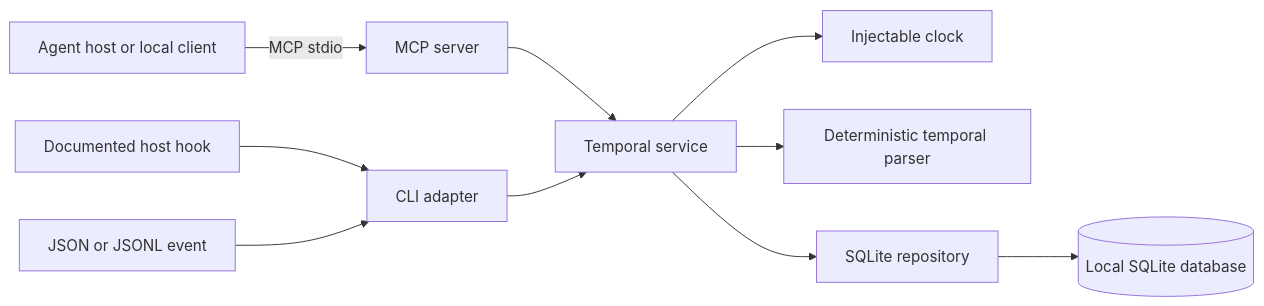
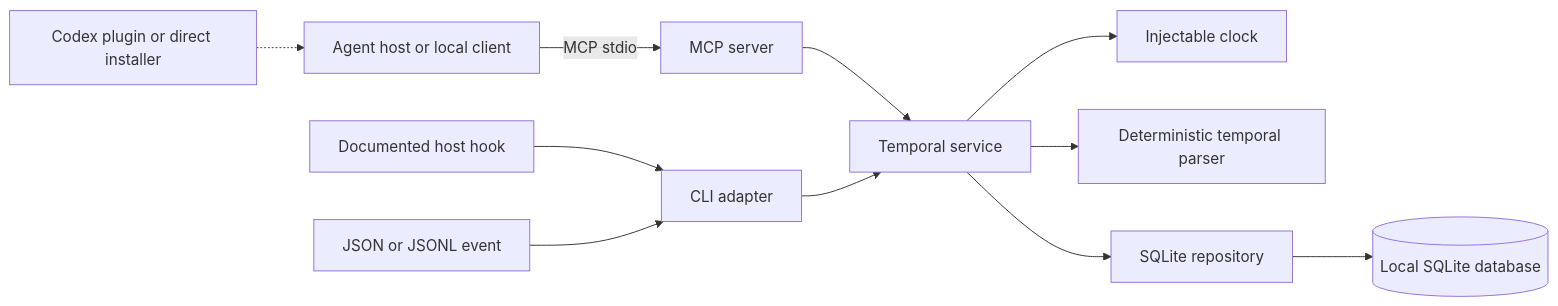
Before and after one commit to SUDARSHANCHAUDHARI/TemporalThread: the diagram in docs/ARCHITECTURE.md, drawn with Mermaid. The commit also changed other lines of this file and 14 other files, not shown here.

````diff
--- a/docs/ARCHITECTURE.md
+++ b/docs/ARCHITECTURE.md
@@ -5,12 +5,13 @@
 ```mermaid
 flowchart LR
     Host["Agent host or local client"] -->|"MCP stdio"| MCP["MCP server"]
     Hook["Documented host hook"] --> CLI["CLI adapter"]
+    Plugin["Codex plugin or direct installer"] -.-> Host
     Generic["JSON or JSONL event"] --> CLI
     MCP --> Service["Temporal service"]
     CLI --> Service
     Service --> Clock["Injectable clock"]
     Service --> Parser["Deterministic temporal parser"]
     Service --> Storage["SQLite repository"]
     Storage --> DB[("Local SQLite database")]
 ```
````
